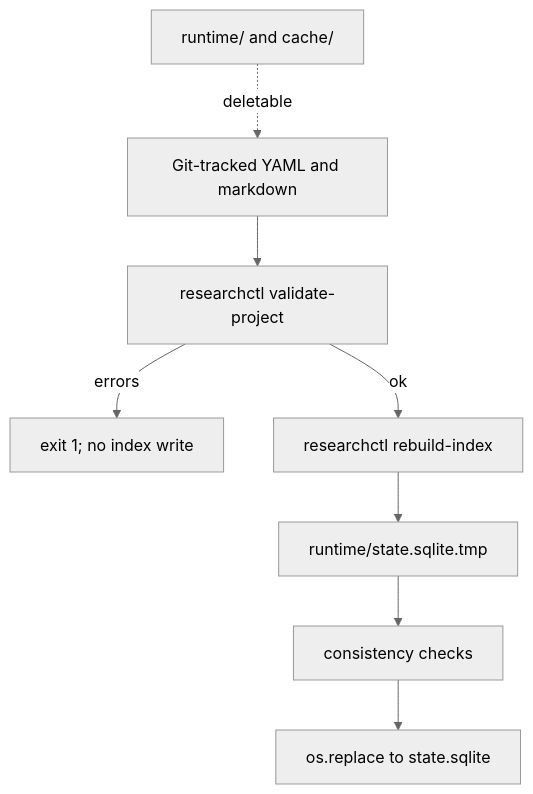
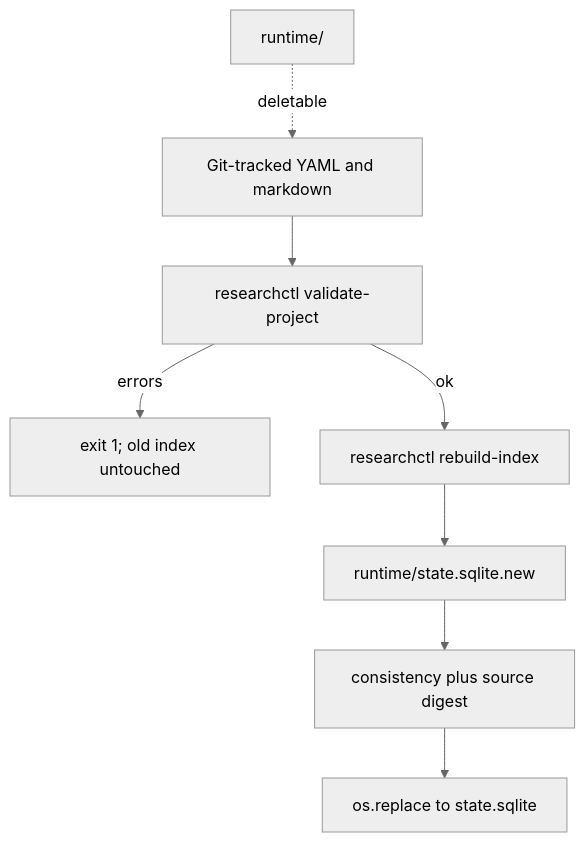
One commit to nicacevedo/research-os changed the diagram in .cursor/plans/r0_kernel_plan_cd53bab0.plan.md. Above: the diagram before and after it, drawn with Mermaid (neutral theme). The commit also changed other lines of this file, not shown here.

````diff
--- a/.cursor/plans/r0_kernel_plan_cd53bab0.plan.md
+++ b/.cursor/plans/r0_kernel_plan_cd53bab0.plan.md
@@ -189,10 +181,10 @@
 ```mermaid
 flowchart TD
   gitFiles["Git-tracked YAML and markdown"] --> validate["researchctl validate-project"]
-  validate -->|errors| fail["exit 1; no index write"]
+  validate -->|errors| fail["exit 1; old index untouched"]
   validate -->|ok| rebuild["researchctl rebuild-index"]
-  rebuild --> tmpDb["runtime/state.sqlite.tmp"]
-  tmpDb --> checks["consistency checks"]
+  rebuild --> tmpDb["runtime/state.sqlite.new"]
+  tmpDb --> checks["consistency plus source digest"]
   checks --> atomic["os.replace to state.sqlite"]
-  runtime["runtime/ and cache/"] -.->|"deletable"| gitFiles
+  runtime["runtime/"] -.->|"deletable"| gitFiles
 ```
````
